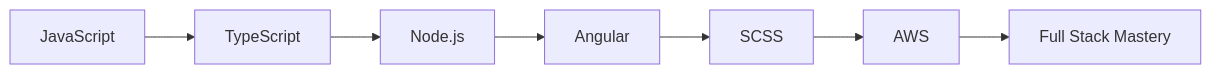
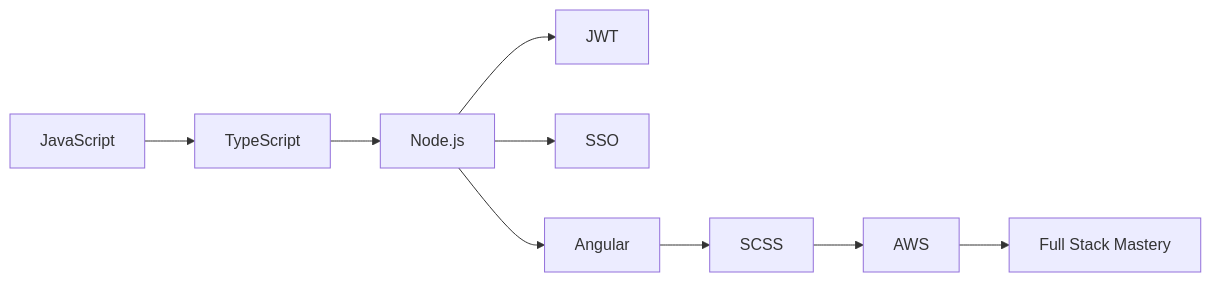
The diagram in README.md (jakobneri/jakobneri), drawn with Mermaid before and after one commit. The commit also changed other lines of this file, not shown here.

````diff
--- a/README.md
+++ b/README.md
@@ -57,9 +56,11 @@
 ```mermaid
 graph LR
     A[JavaScript] --> B[TypeScript]
     B --> C[Node.js]
+    C --> H[JWT]
+    C --> I[SSO]
     C --> D[Angular]
     D --> E[SCSS]
     E --> F[AWS]
     F --> G[Full Stack Mastery]
 ```
````
